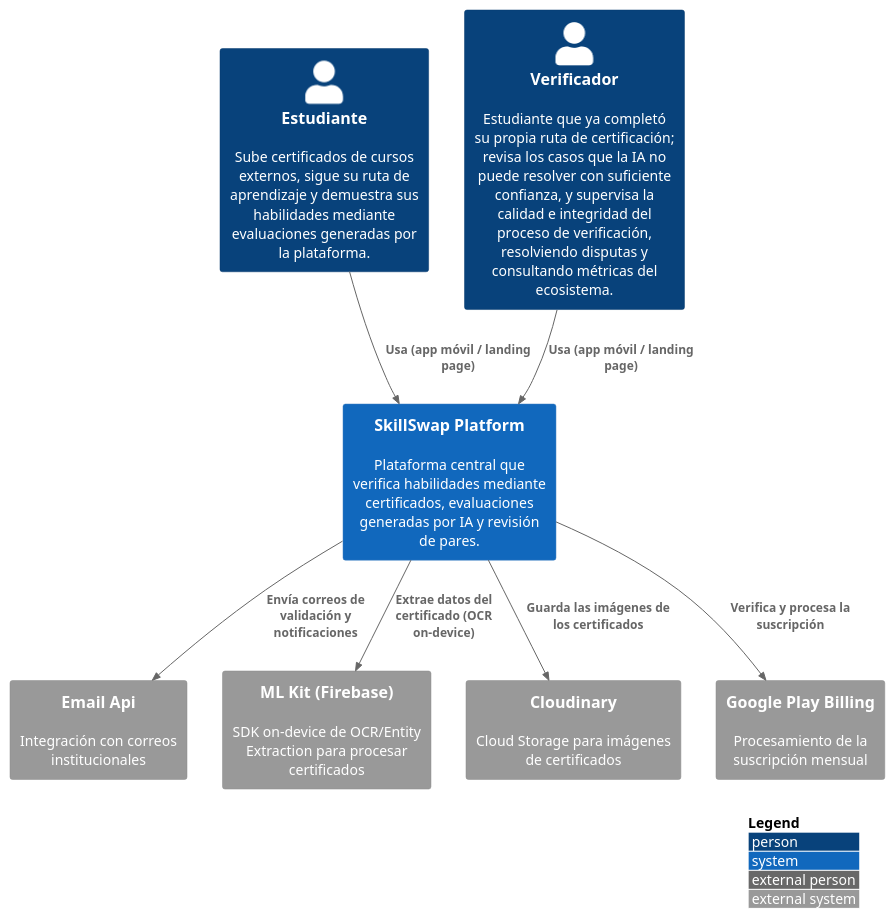
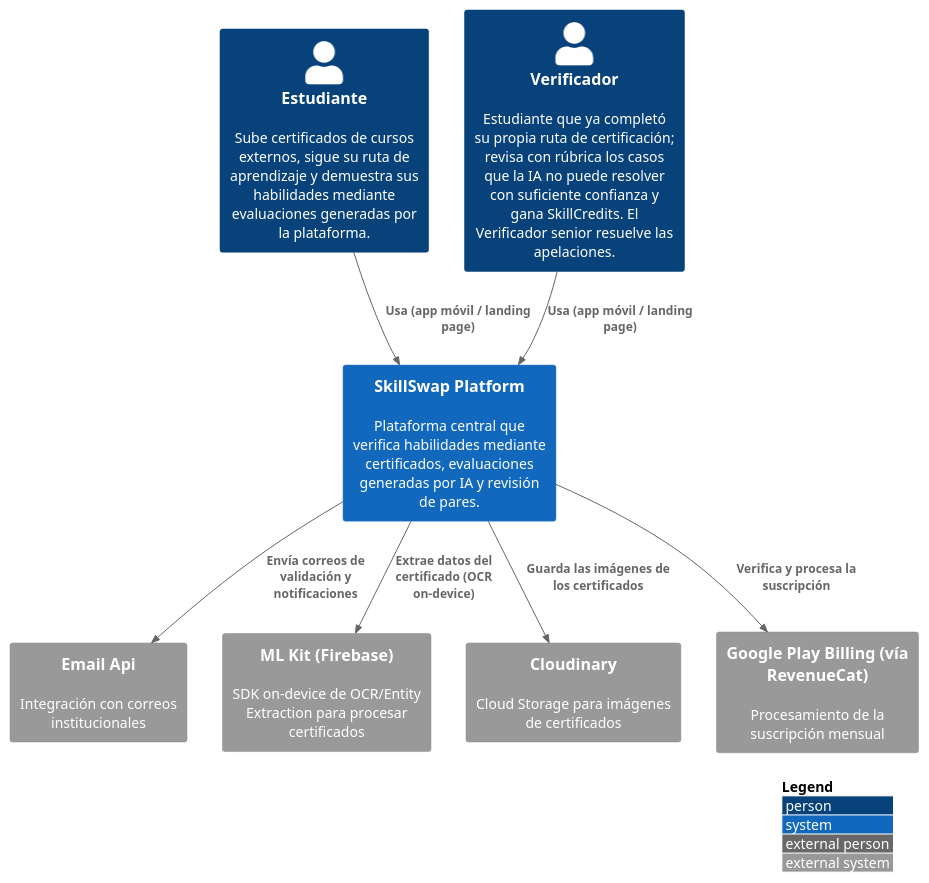
The diagram in DB&C4/System_Context_Diagram.puml (Aplicaciones-Dispositivos-Moviles/SkillSwap-ProjectReport), drawn with PlantUML before and after one commit. The commit also changed 3 other files, not shown here.

```diff
--- a/DB&C4/System_Context_Diagram.puml
+++ b/DB&C4/System_Context_Diagram.puml
@@ -1,24 +1,24 @@
 @startuml SkillSwapSystemContext
 !include https://raw.githubusercontent.com/plantuml-stdlib/C4-PlantUML/master/C4_Context.puml
 
 LAYOUT_WITH_LEGEND()
 
 Person(student, "Estudiante", "Sube certificados de cursos externos, sigue su ruta de aprendizaje y demuestra sus habilidades mediante evaluaciones generadas por la plataforma.")
-Person(verifier, "Verificador", "Estudiante que ya completó su propia ruta de certificación; revisa los casos que la IA no puede resolver con suficiente confianza, y supervisa la calidad e integridad del proceso de verificación, resolviendo disputas y consultando métricas del ecosistema.")
+Person(verifier, "Verificador", "Estudiante que ya completó su propia ruta de certificación; revisa con rúbrica los casos que la IA no puede resolver con suficiente confianza y gana SkillCredits. El Verificador senior resuelve las apelaciones.")
 
 System(skillSwapSystem, "SkillSwap Platform", "Plataforma central que verifica habilidades mediante certificados, evaluaciones generadas por IA y revisión de pares.")
 
 System_Ext(emailService, "Email Api", "Integración con correos institucionales")
 System_Ext(mlKitService, "ML Kit (Firebase)", "SDK on-device de OCR/Entity Extraction para procesar certificados")
 System_Ext(cloudStorage, "Cloudinary", "Cloud Storage para imágenes de certificados")
-System_Ext(googlePlayBilling, "Google Play Billing", "Procesamiento de la suscripción mensual")
+System_Ext(googlePlayBilling, "Google Play Billing (vía RevenueCat)", "Procesamiento de la suscripción mensual")
 
 Rel(student, skillSwapSystem, "Usa (app móvil / landing page)")
 Rel(verifier, skillSwapSystem, "Usa (app móvil / landing page)")
 
 Rel(skillSwapSystem, emailService, "Envía correos de validación y notificaciones")
 Rel(skillSwapSystem, mlKitService, "Extrae datos del certificado (OCR on-device)")
 Rel(skillSwapSystem, cloudStorage, "Guarda las imágenes de los certificados")
 Rel(skillSwapSystem, googlePlayBilling, "Verifica y procesa la suscripción")
 
 @enduml
```
